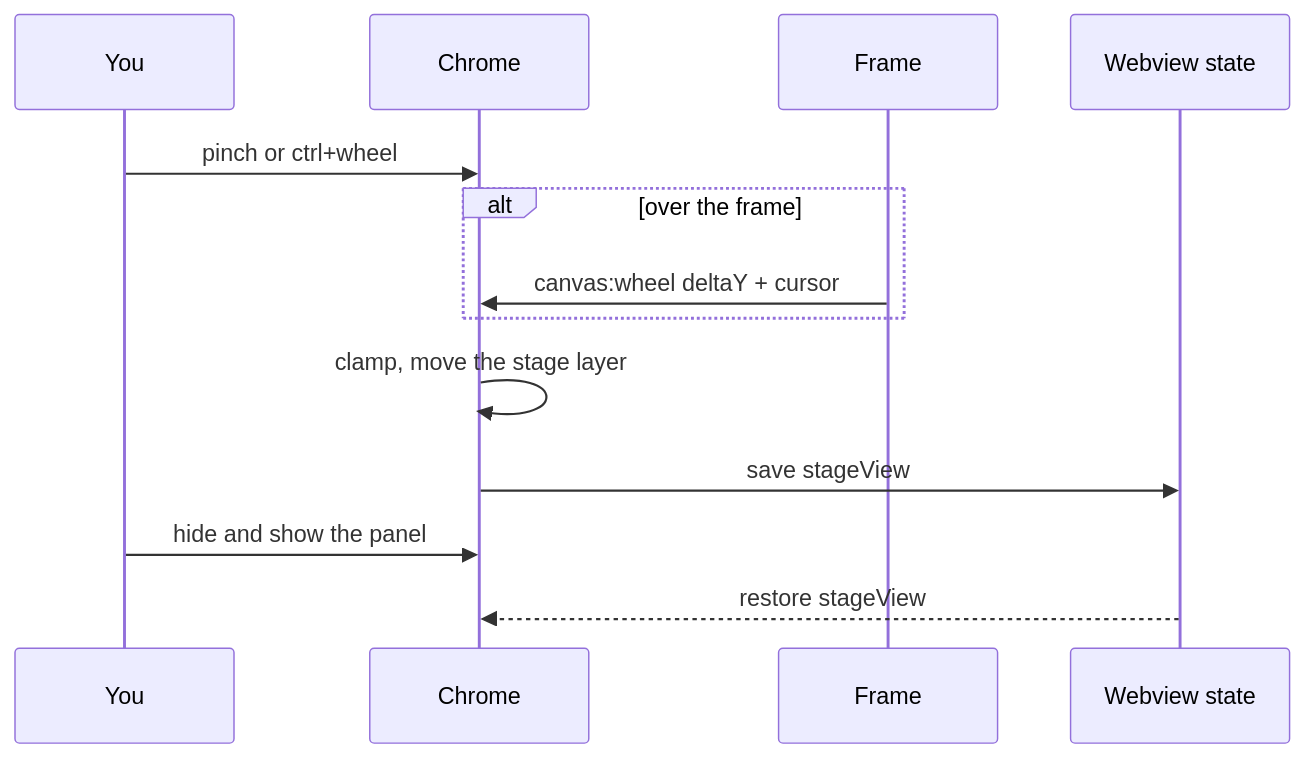
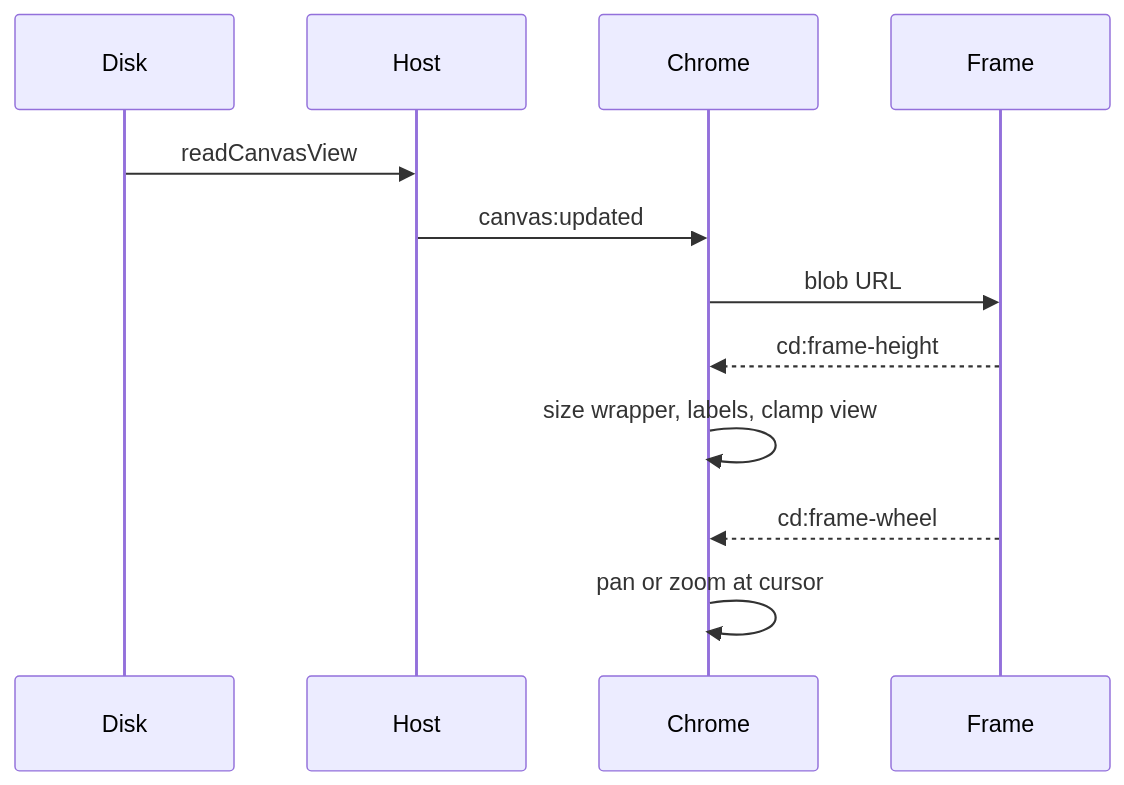
One commit to MarekBombera/cursor-design-extension changed the second of 2 diagrams in blueprint/context/current-feature-overview.md. Above: the diagram before and after it, drawn with Mermaid. The commit also changed other lines of this file and 16 other files, not shown here.

Commit message:
feat: add multi-frame canvas with labels, height, and wheel (6d)

````diff
--- a/blueprint/context/current-feature-overview.md
+++ b/blueprint/context/current-feature-overview.md
@@ -32,15 +31,14 @@
 ```mermaid
 sequenceDiagram
-  participant U as You
-  participant C as Chrome
-  participant F as Frame
-  participant S as Webview state
-  U->>C: pinch or ctrl+wheel
-  alt over the frame
-    F->>C: canvas:wheel deltaY + cursor
-  end
-  C->>C: clamp, move the stage layer
-  C->>S: save stageView
-  U->>C: hide and show the panel
-  S-->>C: restore stageView
+  participant Disk
+  participant Host
+  participant Chrome
+  participant Frame
+  Disk->>Host: readCanvasView
+  Host->>Chrome: canvas:updated
+  Chrome->>Frame: blob URL
+  Frame-->>Chrome: cd:frame-height
+  Chrome->>Chrome: size wrapper, labels, clamp view
+  Frame-->>Chrome: cd:frame-wheel
+  Chrome->>Chrome: pan or zoom at cursor
 ```
````
